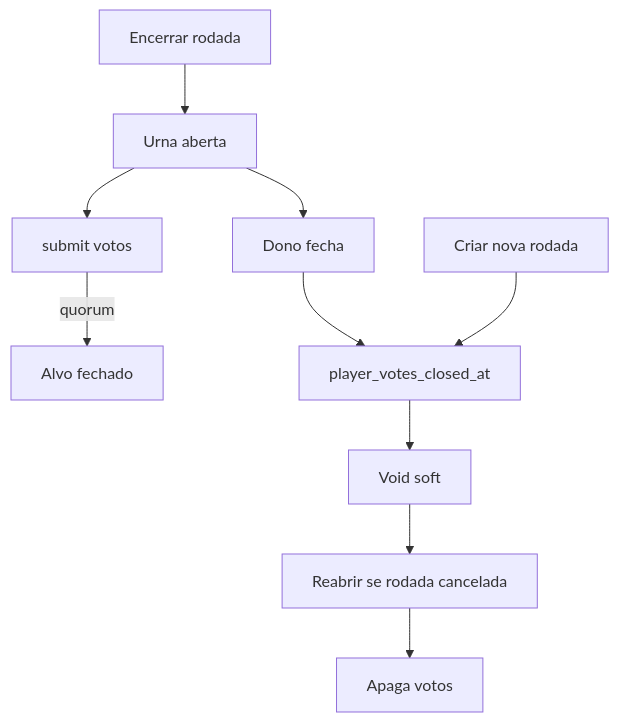
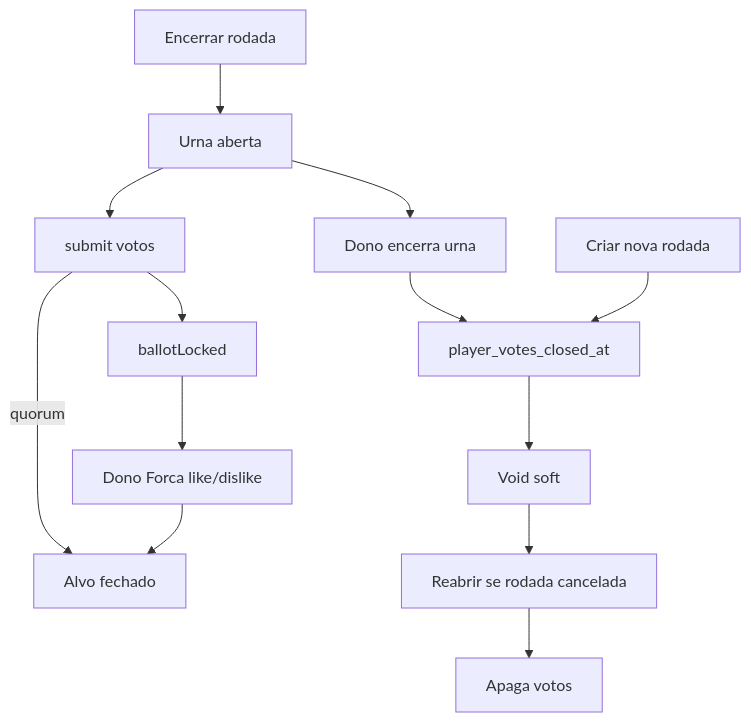
Before and after one commit to murilomontino/BabaDoMago: the sixth of 7 diagrams in README.md, drawn with Mermaid. The commit also changed other lines of this file and 11 other files, not shown here.

First line of the commit message:
feat: dono força like/dislike e quórum default 5 (#40)

````diff
--- a/README.md
+++ b/README.md
@@ -535,12 +535,15 @@
 ```mermaid
 flowchart TD
   endEvent[Encerrar rodada] --> open[Urna aberta]
   open --> submit[submit votos]
   submit -->|quorum| closedTarget[Alvo fechado]
-  open --> closeVotes[Dono fecha]
+  submit --> ballotLocked[ballotLocked]
+  ballotLocked --> forceClose[Dono Forca like/dislike]
+  forceClose --> closedTarget
+  open --> closeVotes[Dono encerra urna]
   closeVotes --> closedAll[player_votes_closed_at]
   createEvent[Criar nova rodada] --> closedAll
   closedAll --> void[Void soft]
   void --> reopen[Reabrir se rodada cancelada]
   reopen --> wiped[Apaga votos]
 ```
````
